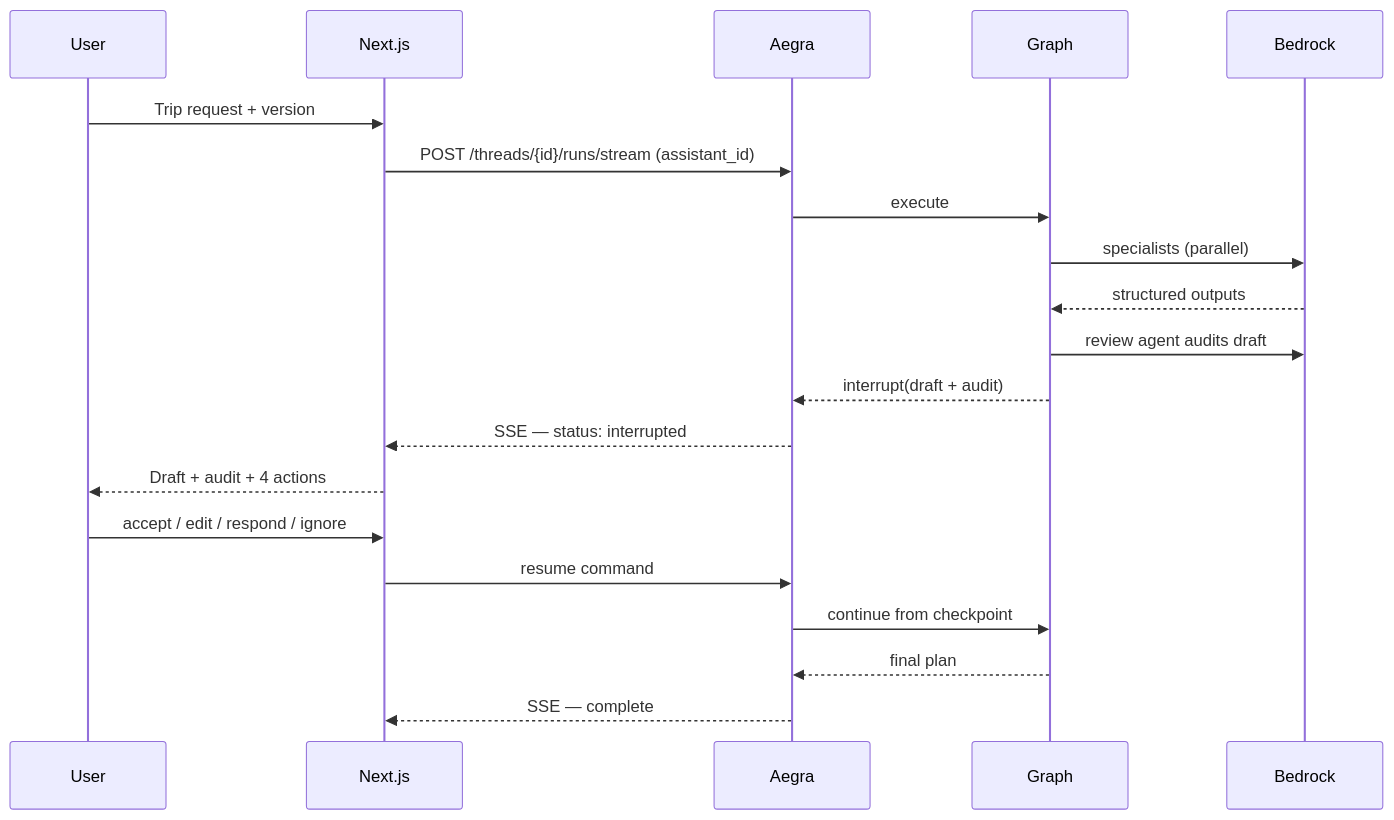
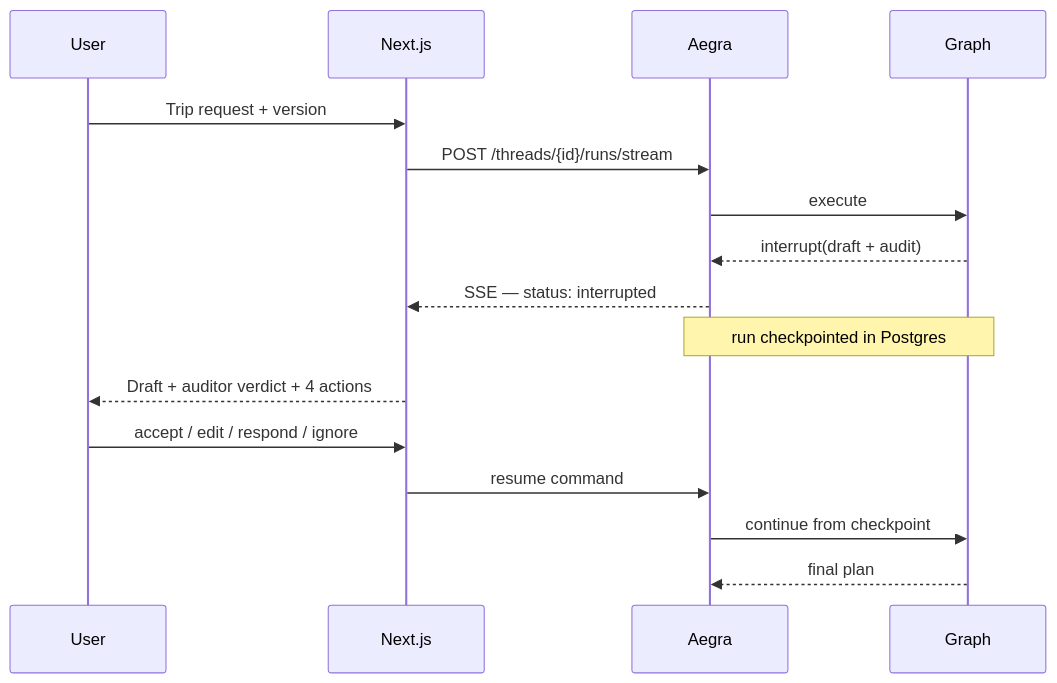
One commit to adarshcod30/Travel-Planner-Agent changed the third of 3 diagrams in README.md. Above: the diagram before and after it, drawn with Mermaid. The commit also changed other lines of this file and 8 other files, not shown here.

````diff
--- a/README.md
+++ b/README.md
@@ -75,23 +120,18 @@
 ```mermaid
 sequenceDiagram
     participant U as User
     participant UI as Next.js
     participant A as Aegra
     participant G as Graph
-    participant B as Bedrock
-
     U->>UI: Trip request + version
-    UI->>A: POST /threads/{id}/runs/stream (assistant_id)
+    UI->>A: POST /threads/{id}/runs/stream
     A->>G: execute
-    G->>B: specialists (parallel)
-    B-->>G: structured outputs
-    G->>B: review agent audits draft
     G-->>A: interrupt(draft + audit)
     A-->>UI: SSE — status: interrupted
-    UI-->>U: Draft + audit + 4 actions
+    Note over A,G: run checkpointed in Postgres
+    UI-->>U: Draft + auditor verdict + 4 actions
     U->>UI: accept / edit / respond / ignore
     UI->>A: resume command
     A->>G: continue from checkpoint
     G-->>A: final plan
-    A-->>UI: SSE — complete
 ```
````
